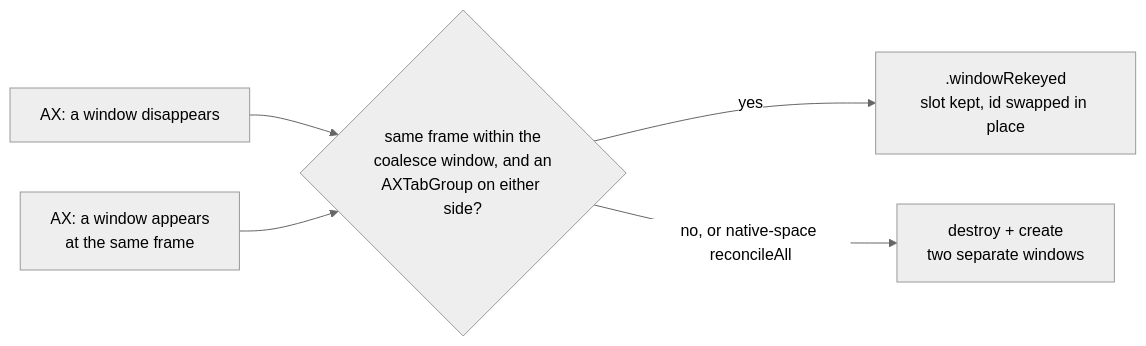
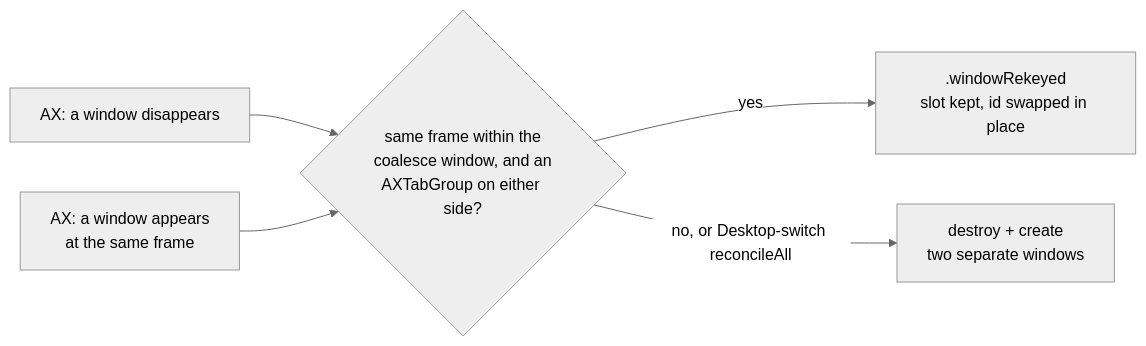
Before and after one commit to KiwiCanopy/KiwiDesk: the third of 6 diagrams in docs/architecture.md, drawn with Mermaid (neutral theme). The commit also changed 121 other files, not shown here.

````diff
--- a/docs/architecture.md
+++ b/docs/architecture.md
@@ -98,7 +98,7 @@
 ```mermaid
 flowchart LR
     A["AX: a window disappears"] --> C{"same frame within the<br/>coalesce window, and an<br/>AXTabGroup on either side?"}
     B["AX: a window appears<br/>at the same frame"] --> C
     C -->|yes| R[".windowRekeyed<br/>slot kept, id swapped in place"]
-    C -->|no, or native-space reconcileAll| D["destroy + create<br/>two separate windows"]
+    C -->|no, or Desktop-switch reconcileAll| D["destroy + create<br/>two separate windows"]
 ```
````
